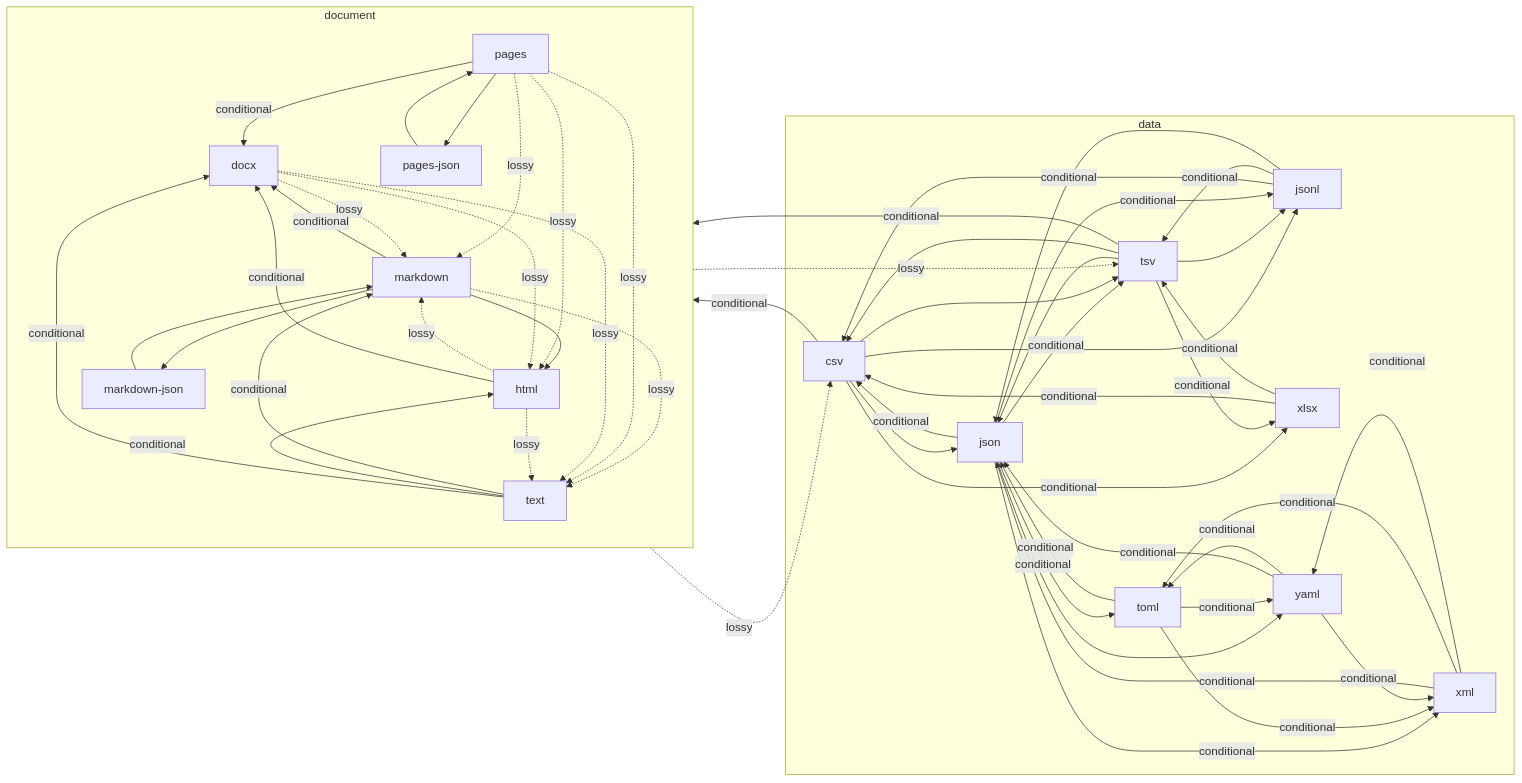
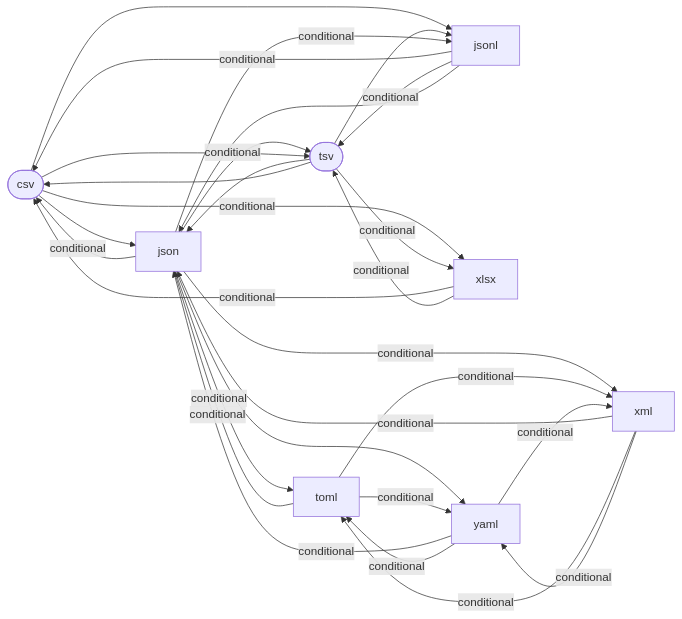
One commit to Chimi6/Sublime changed the first of 3 diagrams in DOCS/FORMATS.md. Above: the diagram before and after it, drawn with Mermaid. The commit also changed other lines of this file and 3 other files, not shown here.

Commit message:
docs: the formats map as one graph per category and one for the crossings between them

````diff
--- a/DOCS/FORMATS.md
+++ b/DOCS/FORMATS.md
@@ -275,74 +277,39 @@
 ```mermaid
 graph LR
-  subgraph data
-    csv["csv"]
-    json["json"]
-    jsonl["jsonl"]
-    toml["toml"]
-    tsv["tsv"]
-    xlsx["xlsx"]
-    xml["xml"]
-    yaml["yaml"]
-  end
-  subgraph document
-    docx["docx"]
-    html["html"]
-    markdown["markdown"]
-    markdown_json["markdown-json"]
-    pages["pages"]
-    pages_json["pages-json"]
-    text["text"]
-  end
+  csv(["csv"])
+  json["json"]
+  jsonl["jsonl"]
+  toml["toml"]
+  tsv(["tsv"])
+  xlsx["xlsx"]
+  xml["xml"]
+  yaml["yaml"]
   csv --> json
   json -- conditional --> csv
-  markdown --> html
-  markdown -. lossy .-> text
-  markdown --> markdown_json
-  markdown_json --> markdown
-  pages --> pages_json
-  pages_json --> pages
-  pages -- conditional --> docx
-  pages -. lossy .-> markdown
-  pages -. lossy .-> html
-  pages -. lossy .-> text
-  docx -. lossy .-> markdown
-  docx -. lossy .-> html
-  docx -. lossy .-> text
-  markdown -- conditional --> docx
-  html -. lossy .-> markdown
-  html -. lossy .-> text
-  html -- conditional --> docx
-  text -- conditional --> markdown
-  text -- conditional --> html
-  text -- conditional --> docx
   toml -- conditional --> json
   json -- conditional --> toml
   yaml -- conditional --> json
   json --> yaml
   xml -- conditional --> json
   json -- conditional --> xml
   toml -- conditional --> yaml
   yaml -- conditional --> toml
   toml -- conditional --> xml
   xml -- conditional --> toml
   yaml -- conditional --> xml
   xml -- conditional --> yaml
   tsv --> json
   csv --> jsonl
   tsv --> jsonl
   json -- conditional --> tsv
   jsonl -- conditional --> csv
   jsonl -- conditional --> tsv
   csv --> tsv
   tsv --> csv
   jsonl --> json
   json -- conditional --> jsonl
   xlsx -- conditional --> csv
   xlsx -- conditional --> tsv
   csv -- conditional --> xlsx
   tsv -- conditional --> xlsx
-  csv -- conditional --> document
-  tsv -- conditional --> document
-  document -. lossy .-> csv
-  document -. lossy .-> tsv
 ```
````
